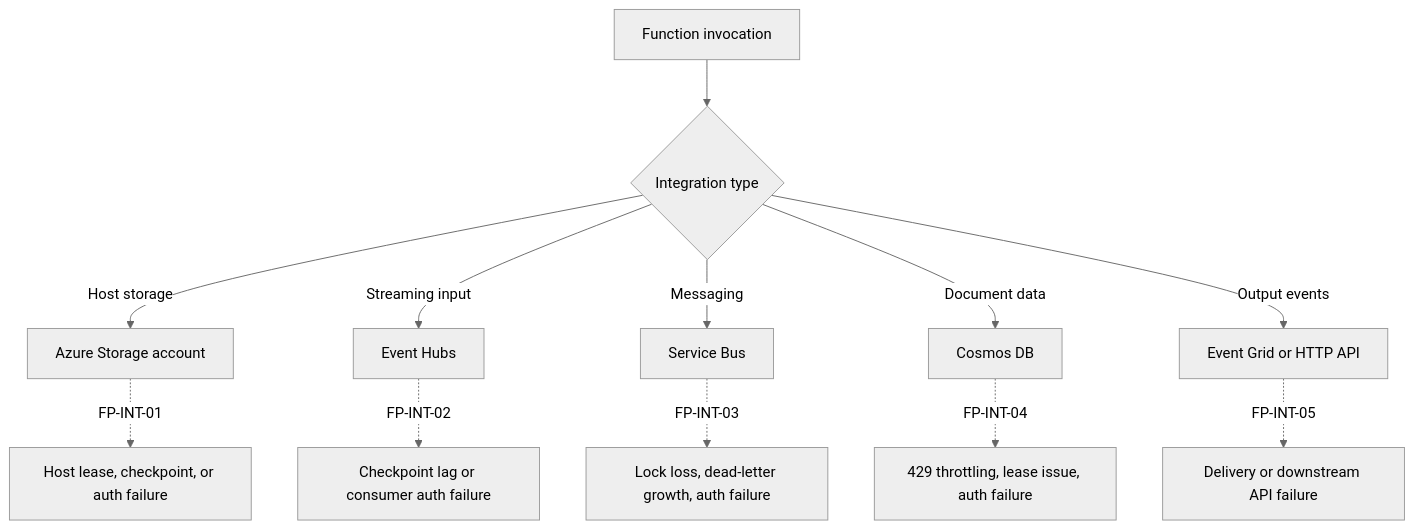
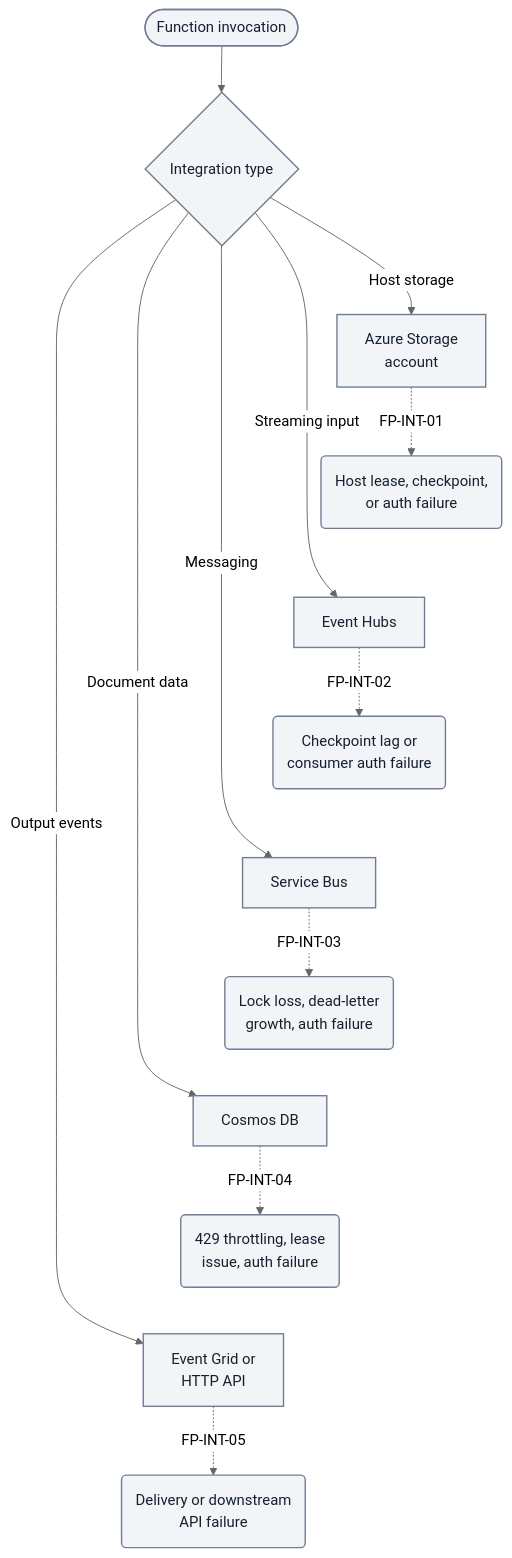
One commit to yeongseon/azure-functions-practical-guide changed the ninth of 10 diagrams in docs/troubleshooting/architecture-components-reference.md. Above: the diagram before and after it, drawn with Mermaid (neutral theme). The commit also changed other lines of this file, not shown here.

First line of the commit message:
docs(diagrams): improve component diagnostic diagram readability

````diff
--- a/docs/troubleshooting/architecture-components-reference.md
+++ b/docs/troubleshooting/architecture-components-reference.md
@@ -548,15 +629,25 @@
 ```mermaid
+%%{init: {'flowchart': {'nodeSpacing': 10}}}%%
 flowchart TD
-    A[Function invocation] --> B{Integration type}
-    B -->|Host storage| C[Azure Storage account]
+    accTitle: Azure service integration diagnostic routing
+    accDescr: Illustrative routing from five integration categories to candidate failure points. Host storage, streaming input, messaging, document data and output events remain separate; this is a diagnostic association map, not a network transport diagram or observed deployment.
+    A(["Function invocation"]) --> B{Integration type}
+    B -->|Host storage| C["Azure Storage<br/>account"]
     B -->|Streaming input| D[Event Hubs]
     B -->|Messaging| E[Service Bus]
     B -->|Document data| F[Cosmos DB]
-    B -->|Output events| G[Event Grid or HTTP API]
+    B -->|Output events| G["Event Grid or<br/>HTTP API"]
 
-    C -. FP-INT-01 .-> C1[Host lease, checkpoint, or auth failure]
-    D -. FP-INT-02 .-> D1[Checkpoint lag or consumer auth failure]
-    E -. FP-INT-03 .-> E1[Lock loss, dead-letter growth, auth failure]
-    F -. FP-INT-04 .-> F1[429 throttling, lease issue, auth failure]
-    G -. FP-INT-05 .-> G1[Delivery or downstream API failure]
+    C -. FP-INT-01 .-> C1("Host lease, checkpoint,<br/>or auth failure")
+    D -. FP-INT-02 .-> D1("Checkpoint lag or<br/>consumer auth failure")
+    E -. FP-INT-03 .-> E1("Lock loss, dead-letter<br/>growth, auth failure")
+    F -. FP-INT-04 .-> F1("429 throttling, lease<br/>issue, auth failure")
+    G -. FP-INT-05 .-> G1("Delivery or downstream<br/>API failure")
+    %% Layout-only links serialize categories; they add no diagnostic steps or arrows.
+    C1 ~~~ D
+    D1 ~~~ E
+    E1 ~~~ F
+    F1 ~~~ G
+    classDef baseNeutral fill:#f2f4f8,stroke:#707e93,stroke-width:1.5px,color:#14202e;
+    class A,B,C,D,E,F,G,C1,D1,E1,F1,G1 baseNeutral;
 ```
````
